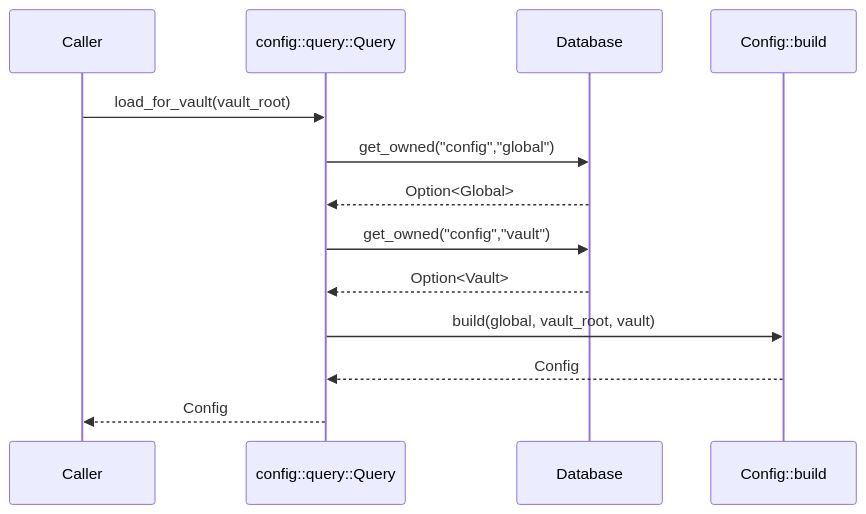
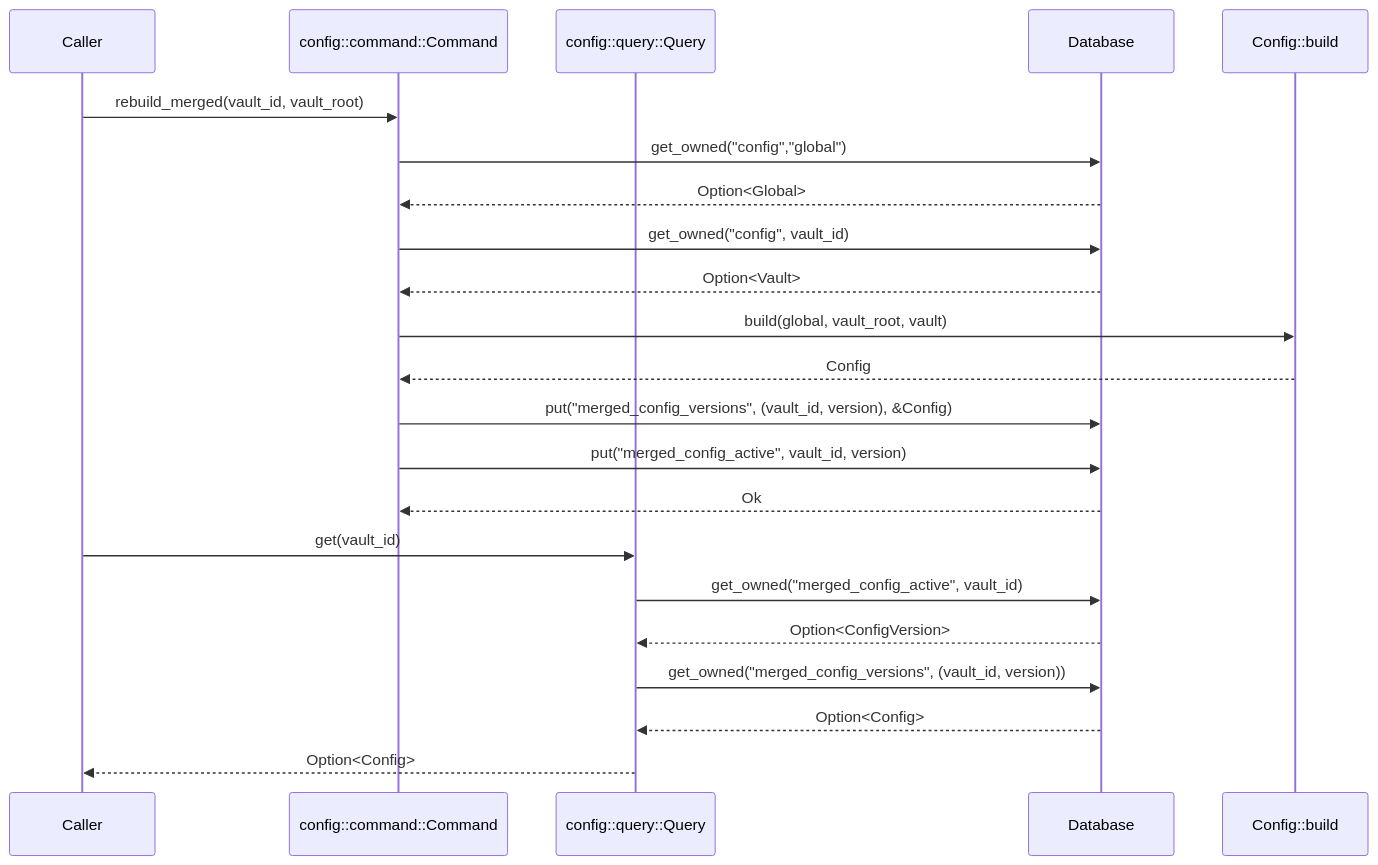
The third of 3 diagrams in docs/design/002-config-cqrs.md (JackMatanky/lithos), drawn with Mermaid before and after one commit. The commit also changed other lines of this file and 1 other file, not shown here.

Commit message:
docs(design): align config docs with VaultId

````diff
--- a/docs/design/002-config-cqrs.md
+++ b/docs/design/002-config-cqrs.md
@@ -165,16 +188,26 @@
 ```mermaid
 sequenceDiagram
   participant Caller
+  participant Cmd as config::command::Command
   participant Q as config::query::Query
   participant DB as Database
   participant Agg as Config::build
 
-  Caller->>Q: load_for_vault(vault_root)
-  Q->>DB: get_owned("config","global")
-  DB-->>Q: Option<Global>
-  Q->>DB: get_owned("config","vault")
-  DB-->>Q: Option<Vault>
-  Q->>Agg: build(global, vault_root, vault)
-  Agg-->>Q: Config
-  Q-->>Caller: Config
+  Caller->>Cmd: rebuild_merged(vault_id, vault_root)
+  Cmd->>DB: get_owned("config","global")
+  DB-->>Cmd: Option<Global>
+  Cmd->>DB: get_owned("config", vault_id)
+  DB-->>Cmd: Option<Vault>
+  Cmd->>Agg: build(global, vault_root, vault)
+  Agg-->>Cmd: Config
+  Cmd->>DB: put("merged_config_versions", (vault_id, version), &Config)
+  Cmd->>DB: put("merged_config_active", vault_id, version)
+  DB-->>Cmd: Ok
+
+  Caller->>Q: get(vault_id)
+  Q->>DB: get_owned("merged_config_active", vault_id)
+  DB-->>Q: Option<ConfigVersion>
+  Q->>DB: get_owned("merged_config_versions", (vault_id, version))
+  DB-->>Q: Option<Config>
+  Q-->>Caller: Option<Config>
 ```
````
